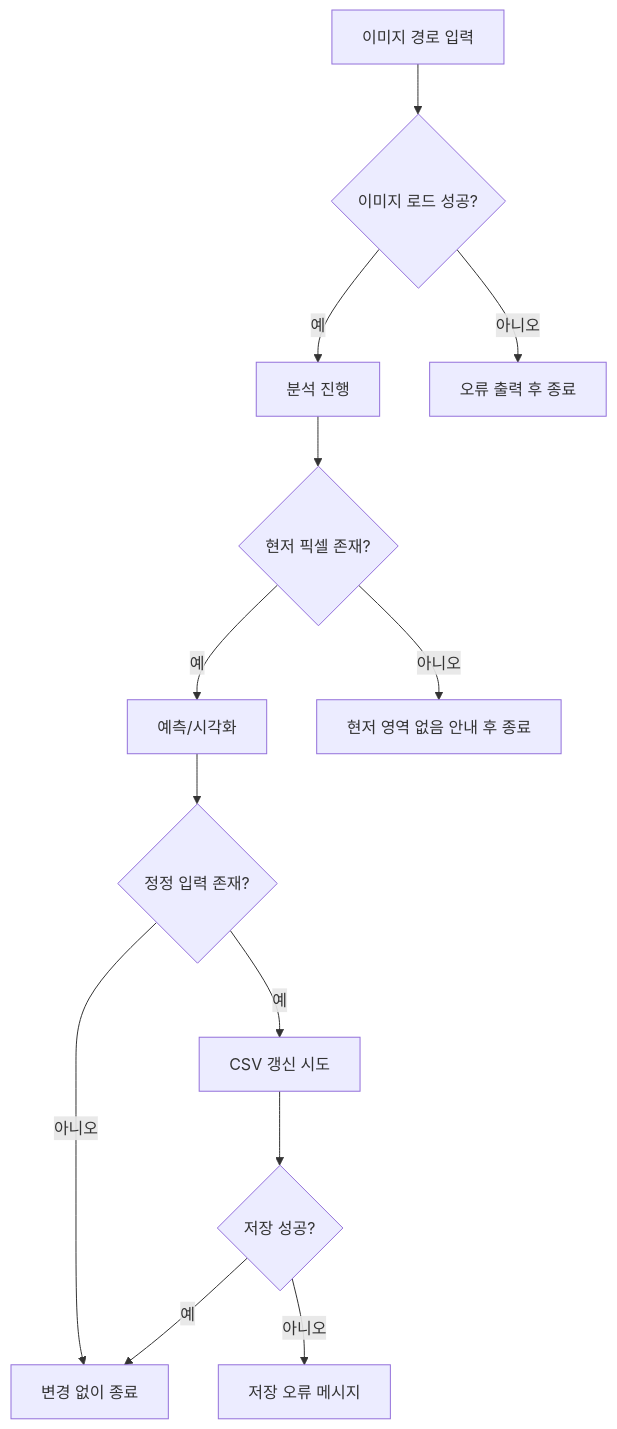
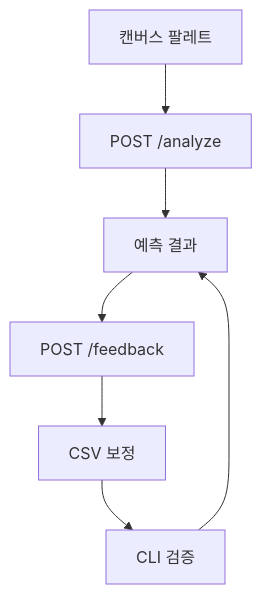
The second of 2 diagrams in Project_Descriptions/User_Journey_Scenario_SentiVision.md (acertainromance401/SentiVision), drawn with Mermaid before and after one commit. The commit also changed other lines of this file, not shown here.

````diff
--- a/Project_Descriptions/User_Journey_Scenario_SentiVision.md
+++ b/Project_Descriptions/User_Journey_Scenario_SentiVision.md
@@ -95,15 +95,9 @@
 ```mermaid
 flowchart TB
-	S[이미지 경로 입력] --> N{이미지 로드 성공?}
-	N -- 예 --> A[분석 진행]
-	N -- 아니오 --> E1[오류 출력 후 종료]
-	A --> M{현저 픽셀 존재?}
-	M -- 예 --> R[예측/시각화]
-	M -- 아니오 --> E2[현저 영역 없음 안내 후 종료]
-	R --> F{정정 입력 존재?}
-	F -- 예 --> U[CSV 갱신 시도]
-	F -- 아니오 --> Done[변경 없이 종료]
-	U --> W{저장 성공?}
-	W -- 예 --> Done
-	W -- 아니오 --> E3[저장 오류 메시지]
+  U[캔버스 팔레트] --> A[POST /analyze]
+  A --> R[예측 결과]
+  R --> F[POST /feedback]
+  F --> D[CSV 보정]
+  D --> C[CLI 검증]
+  C --> R
 ```
````
